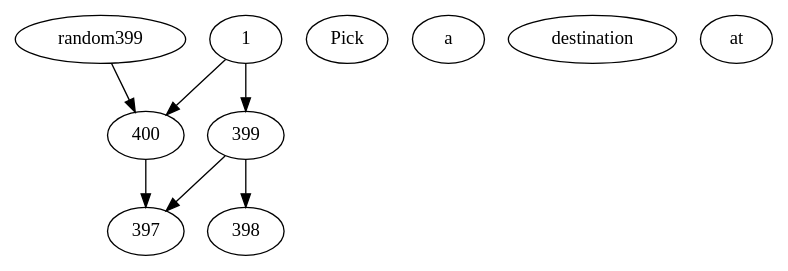
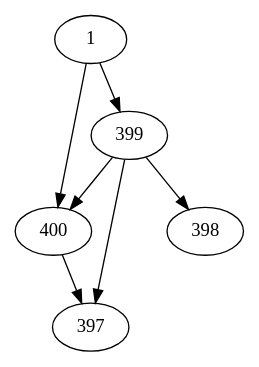
Before and after one commit to lifelike/gamebookformat: the diagram in expected/references.dot, drawn with Graphviz. The commit also changed 5 other files, not shown here.

```diff
--- a/expected/references.dot
+++ b/expected/references.dot
@@ -1,9 +1,9 @@
 digraph gamebook {
 
  1->400
 1->399
-Pick a destination at random399->400
+ 399->400
 399->397
 399->398
 400->397
 }
```
